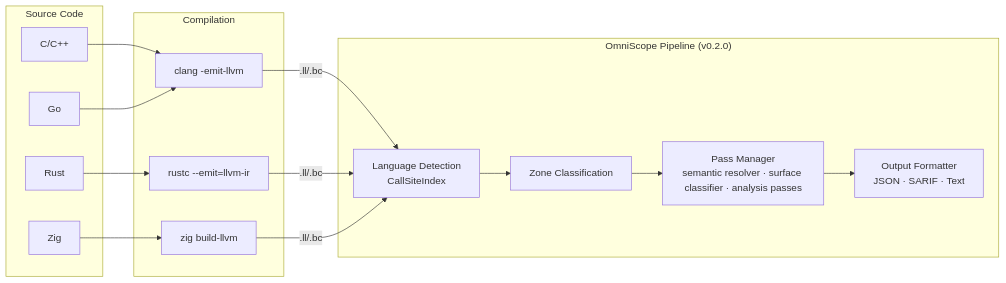
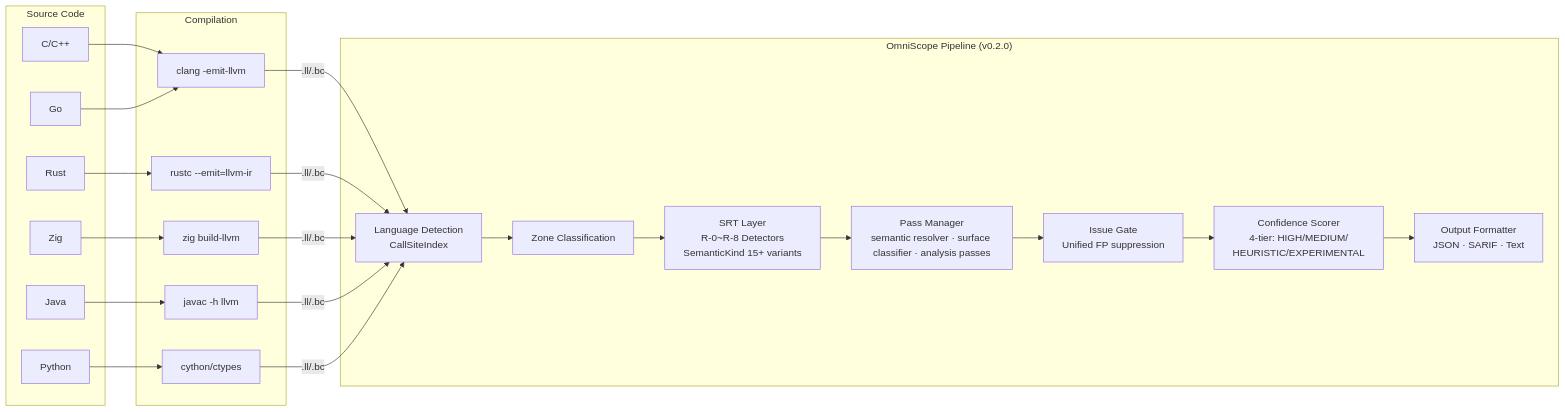
Before and after one commit to Timwood0x10/OmniScope: the second of 3 diagrams in README.md, drawn with Mermaid. The commit also changed other lines of this file and 11 other files, not shown here.

````diff
--- a/README.md
+++ b/README.md
@@ -152,28 +195,37 @@
 ```mermaid
 flowchart LR
     subgraph Source["Source Code"]
         Rust[Rust]
         Cpp[C/C++]
         Zig[Zig]
         Go[Go]
+        Python[Python]
+        Java[Java]
     end
 
     subgraph Compile["Compilation"]
         C1[clang -emit-llvm]
         C2[rustc --emit=llvm-ir]
         C3[zig build-llvm]
+        C4[javac -h llvm]
+        C5[cython/ctypes]
     end
 
     subgraph Pipeline["OmniScope Pipeline (v0.2.0)"]
         Pre[Language Detection<br/>CallSiteIndex]
         ZC[Zone Classification]
+        SRT[SRT Layer<br/>R-0~R-8 Detectors<br/>SemanticKind 15+ variants]
         PM[Pass Manager<br/>semantic resolver · surface classifier · analysis passes]
+        IG[Issue Gate<br/>Unified FP suppression]
+        CS[Confidence Scorer<br/>4-tier: HIGH/MEDIUM/<br/>HEURISTIC/EXPERIMENTAL]
         Out[Output Formatter<br/>JSON · SARIF · Text]
     end
 
     Rust --> C2
     Cpp --> C1
     Zig --> C3
     Go --> C1
-    C1 & C2 & C3 --> |.ll/.bc| Pre --> ZC --> PM --> Out
+    Python --> C5
+    Java --> C4
+    C1 & C2 & C3 & C4 & C5 --> |.ll/.bc| Pre --> ZC --> SRT --> PM --> IG --> CS --> Out
 ```
````
